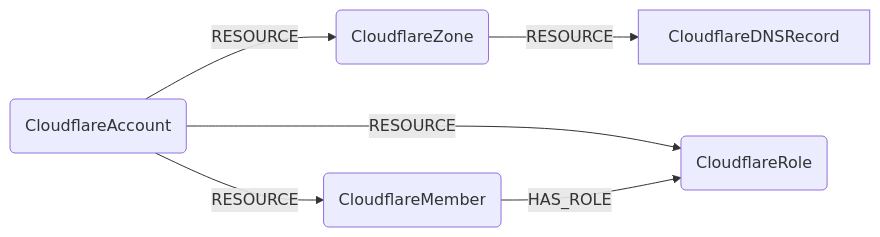
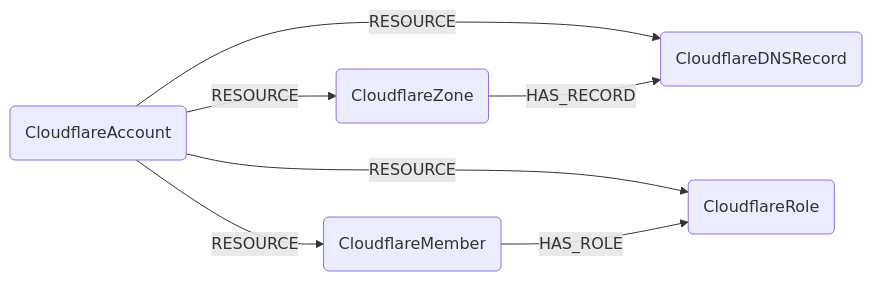
The diagram in docs/root/modules/cloudflare/schema.md (sec-js/cartography), drawn with Mermaid before and after one commit. The commit also changed other lines of this file and 7 other files, not shown here.

````diff
--- a/docs/root/modules/cloudflare/schema.md
+++ b/docs/root/modules/cloudflare/schema.md
@@ -3,8 +3,9 @@
 ```mermaid
 graph LR
 A(CloudflareAccount) -- RESOURCE --> Z(CloudflareZone)
 A(CloudflareAccount) -- RESOURCE --> M(CloudflareMember)
 A(CloudflareAccount) -- RESOURCE --> R(CloudflareRole)
 M -- HAS_ROLE --> R
-Z -- RESOURCE --> CloudflareDNSRecord
+A(CloudflareAccount) -- RESOURCE --> D(CloudflareDNSRecord)
+Z -- HAS_RECORD --> D
 ```
````
